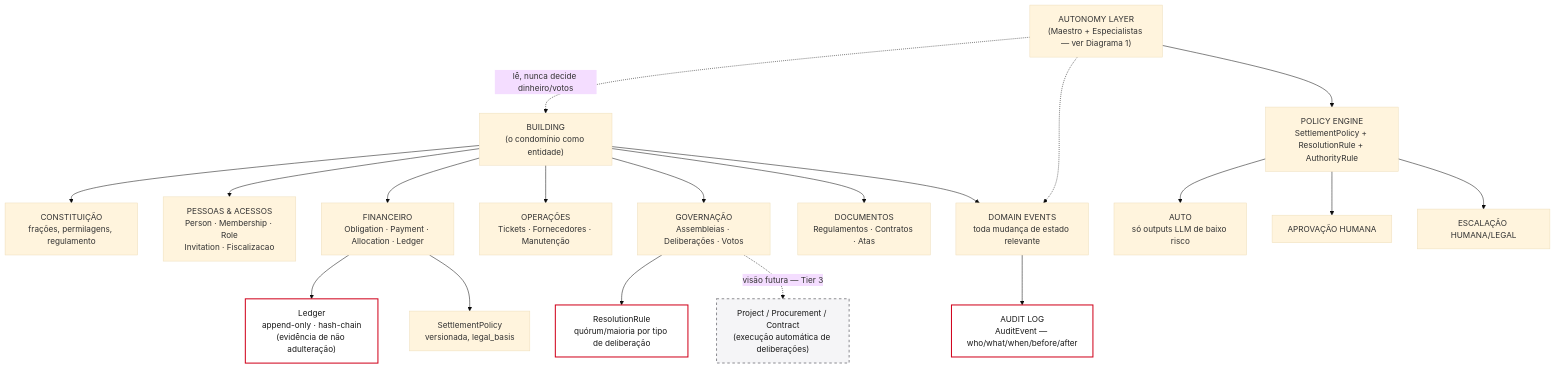
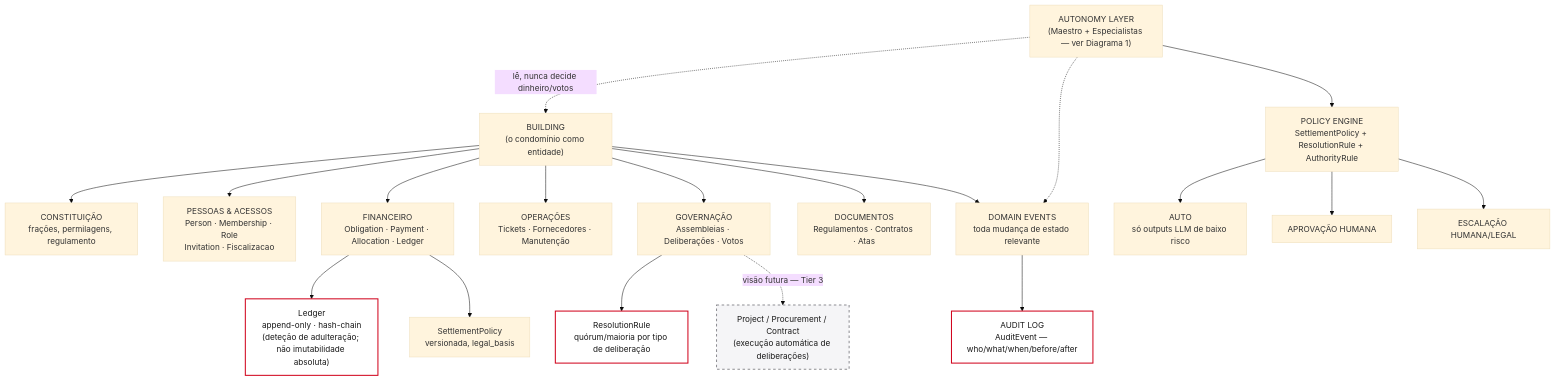
The first of 10 diagrams in docs/lumen/LUMEN-diagramas-arquitetura.md (rpcarvalho8/condominio), drawn with Mermaid (base theme) before and after one commit. The commit also changed 2 other files, not shown here.

Commit message:
docs: defina métricas económicas e clarifique limites de evidência

````diff
--- a/docs/lumen/LUMEN-diagramas-arquitetura.md
+++ b/docs/lumen/LUMEN-diagramas-arquitetura.md
@@ -17,35 +17,35 @@
 ```mermaid
 flowchart TB
     BUILDING["BUILDING<br/>(o condomínio como entidade)"]
 
     BUILDING --> CONST["CONSTITUIÇÃO<br/>frações, permilagens, regulamento"]
     BUILDING --> PEOPLE["PESSOAS & ACESSOS<br/>Person · Membership · Role<br/>Invitation · Fiscalizacao"]
     BUILDING --> FINANCE["FINANCEIRO<br/>Obligation · Payment · Allocation · Ledger"]
     BUILDING --> OPS["OPERAÇÕES<br/>Tickets · Fornecedores · Manutenção"]
     BUILDING --> GOV["GOVERNAÇÃO<br/>Assembleias · Deliberações · Votos"]
     BUILDING --> DOCS["DOCUMENTOS<br/>Regulamentos · Contratos · Atas"]
 
-    FINANCE --> LEDGER["Ledger<br/>append-only · hash-chain<br/>(evidência de não adulteração)"]
+    FINANCE --> LEDGER["Ledger<br/>append-only · hash-chain<br/>(deteção de adulteração; não imutabilidade absoluta)"]
     FINANCE --> POLICY_FIN["SettlementPolicy<br/>versionada, legal_basis"]
 
     GOV --> RULE["ResolutionRule<br/>quórum/maioria por tipo de deliberação"]
     GOV -.->|"visão futura — Tier 3"| PROJECT["Project / Procurement / Contract<br/>(execução automática de deliberações)"]
 
     BUILDING --> EVENTS["DOMAIN EVENTS<br/>toda mudança de estado relevante"]
     EVENTS --> AUDIT["AUDIT LOG<br/>AuditEvent — who/what/when/before/after"]
 
     AI["AUTONOMY LAYER<br/>(Maestro + Especialistas — ver Diagrama 1)"]
     AI -.->|"lê, nunca decide dinheiro/votos"| BUILDING
     AI -.-> EVENTS
 
     POLICYENGINE["POLICY ENGINE<br/>SettlementPolicy + ResolutionRule + AuthorityRule"]
     AI --> POLICYENGINE
     POLICYENGINE --> AUTO["AUTO<br/>só outputs LLM de baixo risco"]
     POLICYENGINE --> APPROVAL["APROVAÇÃO HUMANA"]
     POLICYENGINE --> ESCALATE["ESCALAÇÃO HUMANA/LEGAL"]
 
     classDef futuro fill:#F5F5F7,stroke:#8E8E93,color:#1a1a1a,stroke-width:2px,stroke-dasharray: 5 5
     classDef core fill:#FFFFFF,stroke:#D0021B,color:#1a1a1a,stroke-width:2px
     class PROJECT futuro
     class LEDGER,RULE,AUDIT core
 ```
````
